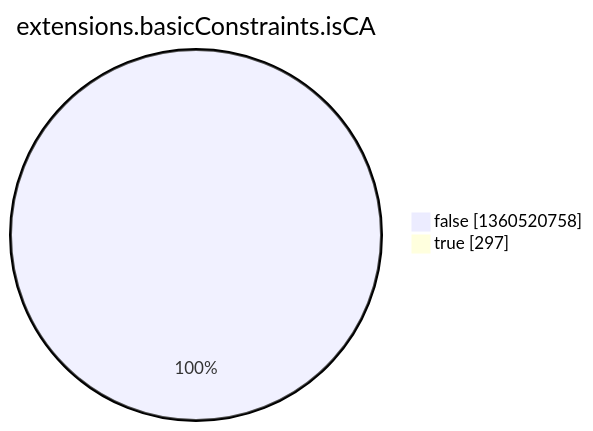
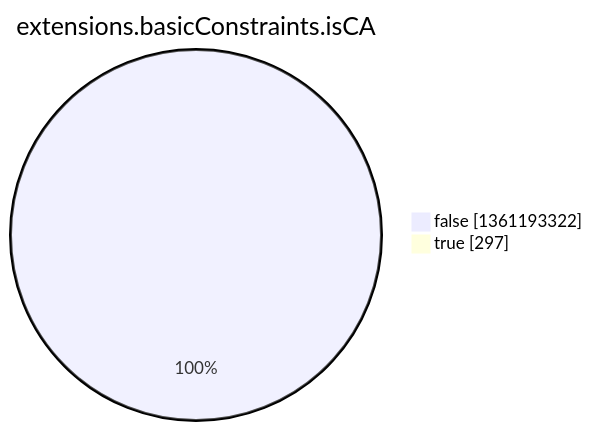
The eighth of 15 diagrams in argon2022/README.md (christiankrug/ctmonitor_visualization), drawn with Mermaid before and after one commit. The commit also changed other lines of this file, not shown here.

````diff
--- a/argon2022/README.md
+++ b/argon2022/README.md
@@ -2758,6 +2758,6 @@
 ```mermaid
 pie showData
 title extensions.basicConstraints.isCA
-"false" :1360520758
+"false" :1361193322
 "true" :297
 ```
````
